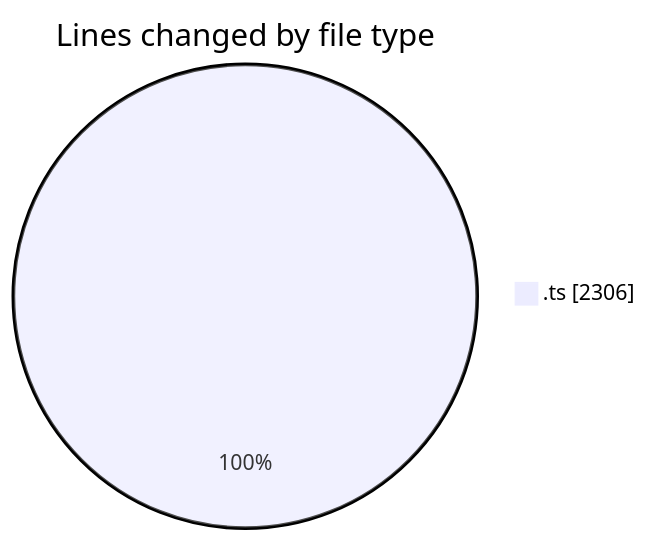
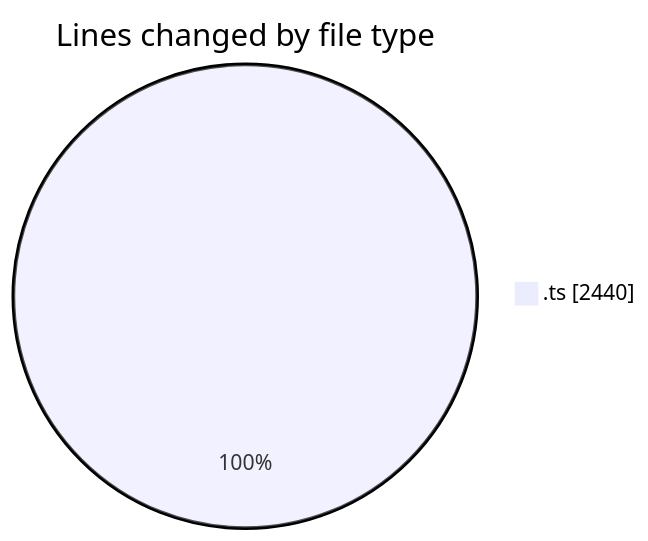
Before and after one commit to momahboobian/code-tracking: the first of 2 diagrams in 2025-10-30/cda/README.md, drawn with Mermaid. The commit also changed other lines of this file and 1 other file, not shown here.

````diff
--- a/2025-10-30/cda/README.md
+++ b/2025-10-30/cda/README.md
@@ -22,5 +22,5 @@
 ```mermaid
 pie showData
 title Lines changed by file type
-".ts" : 2306
+".ts" : 2440
 ```
````
